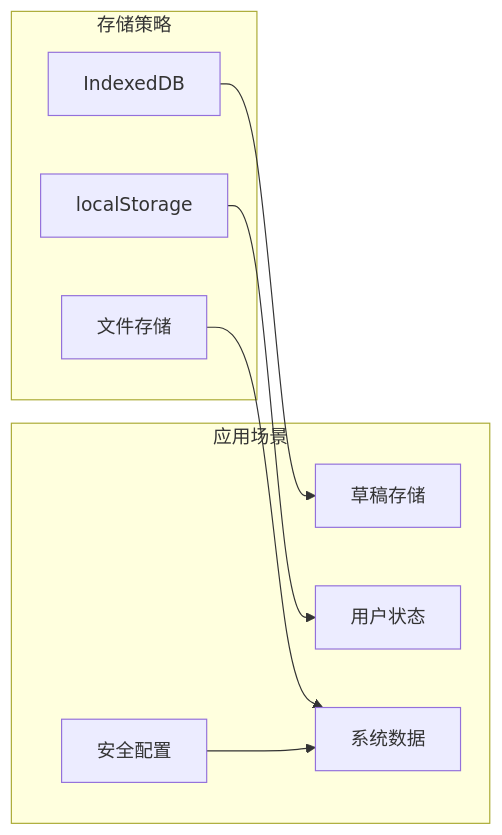
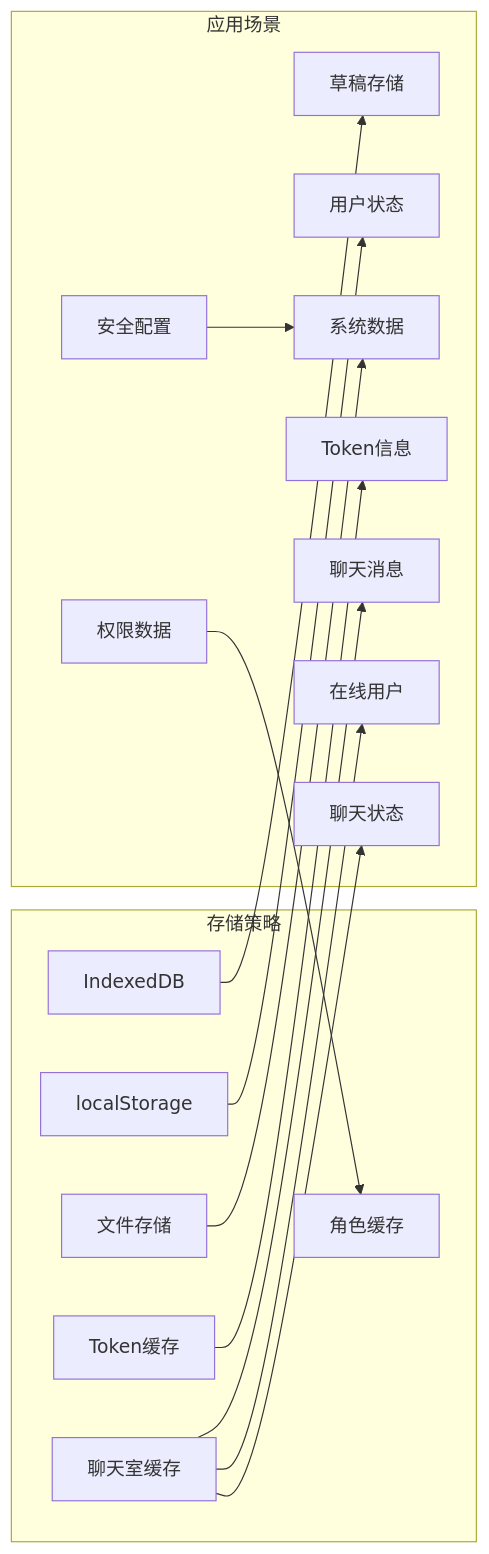
Before and after one commit to qq20739111/weilushishe-lishitai: diagram 28 of 28 in .qoder/repowiki/zh/content/Web界面/JavaScript交互逻辑/用户认证系统.md, drawn with Mermaid. The commit also changed other lines of this file and 23 other files, not shown here.

````diff
--- a/.qoder/repowiki/zh/content/Web界面/JavaScript交互逻辑/用户认证系统.md
+++ b/.qoder/repowiki/zh/content/Web界面/JavaScript交互逻辑/用户认证系统.md
@@ -478,18 +1042,31 @@
 ```mermaid
 flowchart LR
 subgraph "存储策略"
 LocalStorage[localStorage]
 IndexedDB[IndexedDB]
 FileStorage[文件存储]
+TokenCache[Token缓存]
+RoleCache[角色缓存]
+ChatCache[聊天室缓存]
 end
 subgraph "应用场景"
 Drafts[草稿存储]
 UserState[用户状态]
 SystemData[系统数据]
 Security[安全配置]
+Permission[权限数据]
+TokenInfo[Token信息]
+ChatMessages[聊天消息]
+ChatUsers[在线用户]
+ChatStatus[聊天状态]
 end
 LocalStorage --> UserState
 IndexedDB --> Drafts
 FileStorage --> SystemData
 Security --> SystemData
+Permission --> RoleCache
+TokenCache --> TokenInfo
+ChatCache --> ChatMessages
+ChatCache --> ChatUsers
+ChatCache --> ChatStatus
 ```
````
